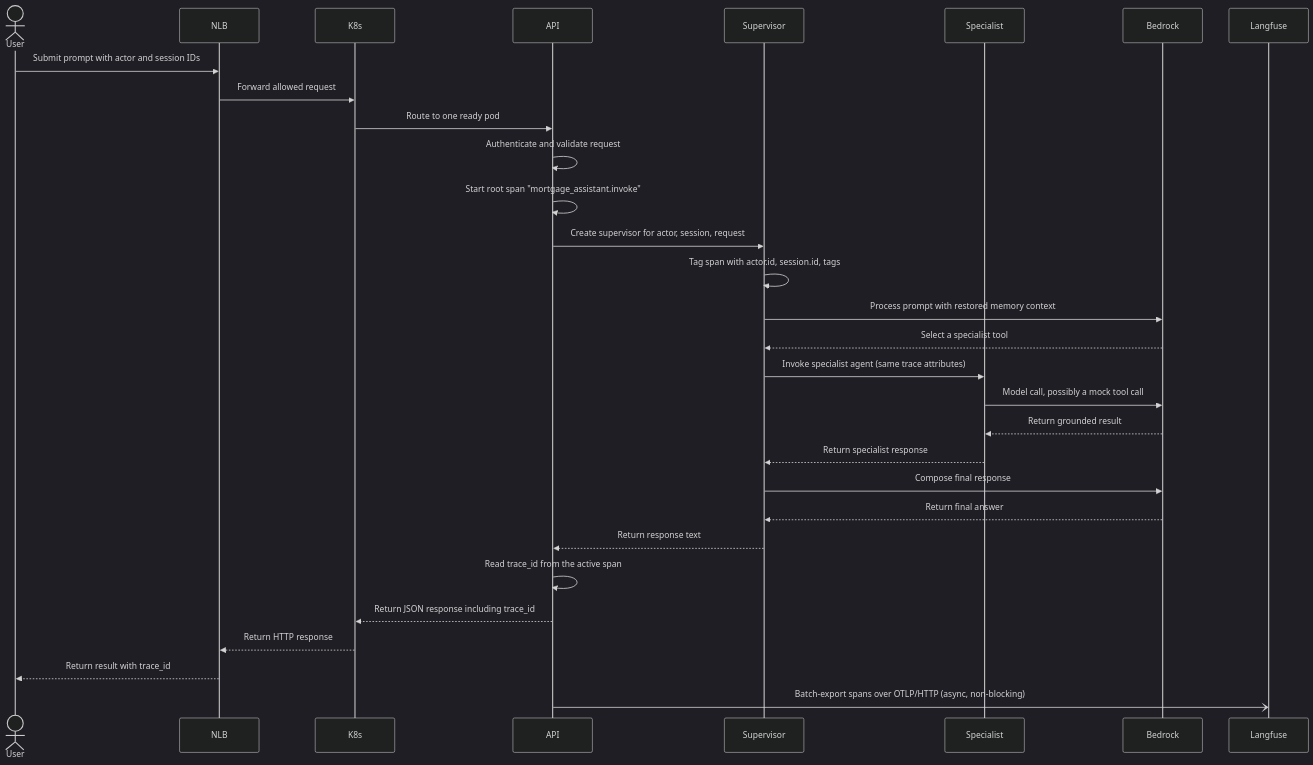
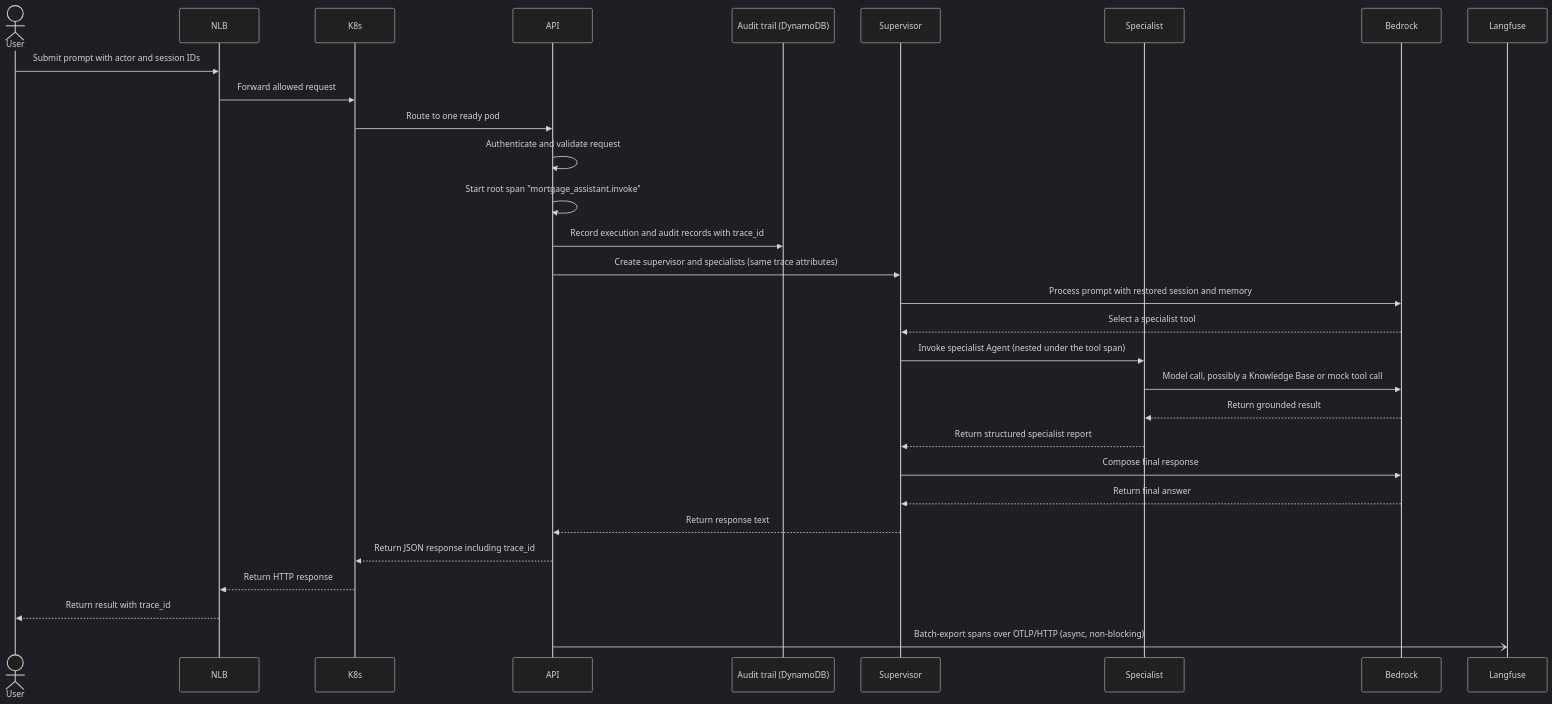
The second of 2 diagrams in 05-observability/README.md (santoshkulk/agent-eks), drawn with Mermaid (dark theme) before and after one commit. The commit also changed other lines of this file and 120 other files, not shown here.

````diff
--- a/05-observability/README.md
+++ b/05-observability/README.md
@@ -172,36 +215,36 @@
 ```mermaid
 sequenceDiagram
     actor User
     participant NLB
     participant K8s
     participant API
+    participant Audit as Audit trail (DynamoDB)
     participant Supervisor
     participant Specialist
     participant Bedrock
     participant Langfuse
 
     User->>NLB: Submit prompt with actor and session IDs
     NLB->>K8s: Forward allowed request
     K8s->>API: Route to one ready pod
     API->>API: Authenticate and validate request
     API->>API: Start root span "mortgage_assistant.invoke"
-    API->>Supervisor: Create supervisor for actor, session, request
-    Supervisor->>Supervisor: Tag span with actor.id, session.id, tags
-    Supervisor->>Bedrock: Process prompt with restored memory context
+    API->>Audit: Record execution and audit records with trace_id
+    API->>Supervisor: Create supervisor and specialists (same trace attributes)
+    Supervisor->>Bedrock: Process prompt with restored session and memory
     Bedrock-->>Supervisor: Select a specialist tool
 
-    Supervisor->>Specialist: Invoke specialist agent (same trace attributes)
-    Specialist->>Bedrock: Model call, possibly a mock tool call
+    Supervisor->>Specialist: Invoke specialist Agent (nested under the tool span)
+    Specialist->>Bedrock: Model call, possibly a Knowledge Base or mock tool call
     Bedrock-->>Specialist: Return grounded result
-    Specialist-->>Supervisor: Return specialist response
+    Specialist-->>Supervisor: Return structured specialist report
 
     Supervisor->>Bedrock: Compose final response
     Bedrock-->>Supervisor: Return final answer
     Supervisor-->>API: Return response text
-    API->>API: Read trace_id from the active span
     API-->>K8s: Return JSON response including trace_id
     K8s-->>NLB: Return HTTP response
     NLB-->>User: Return result with trace_id
 
     API-)Langfuse: Batch-export spans over OTLP/HTTP (async, non-blocking)
 ```
````
